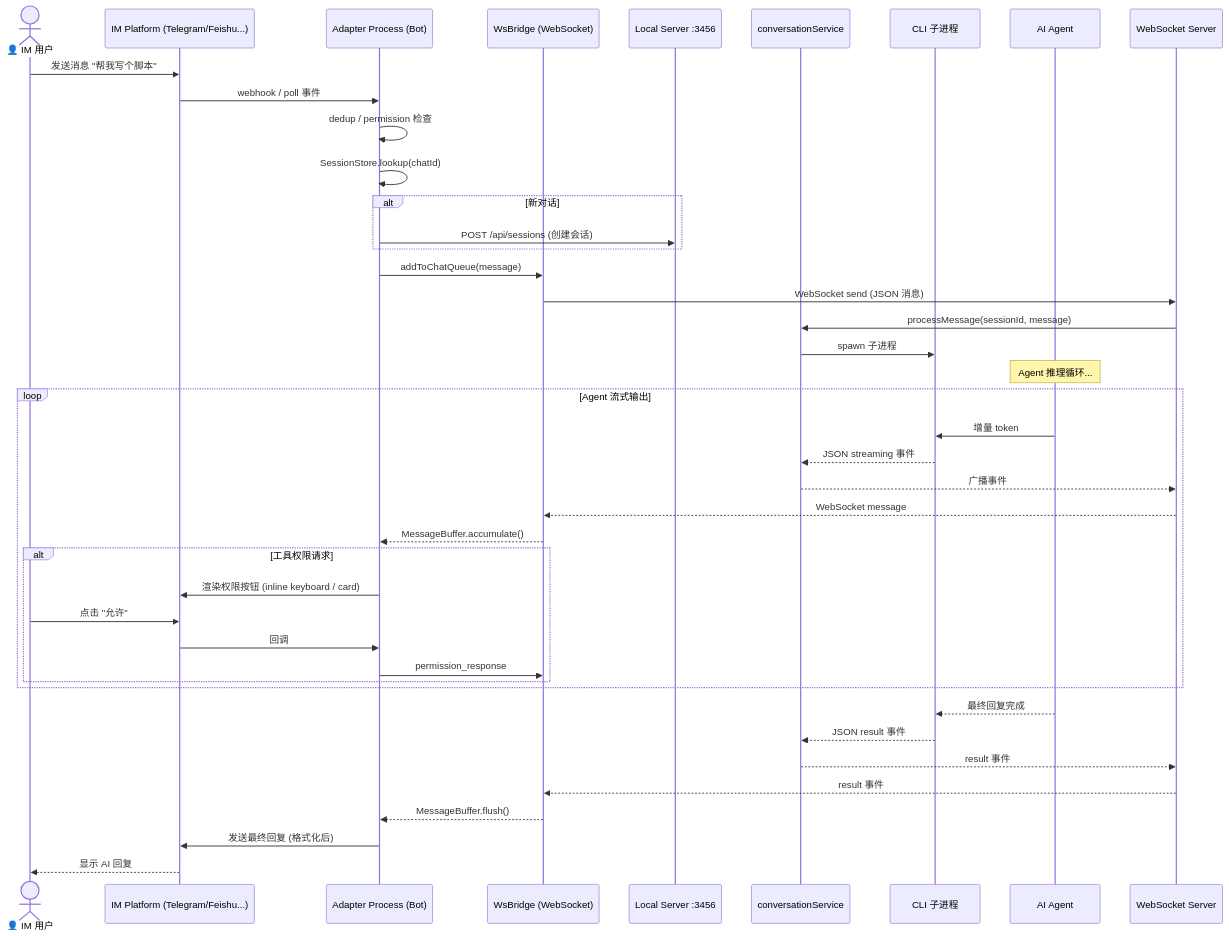
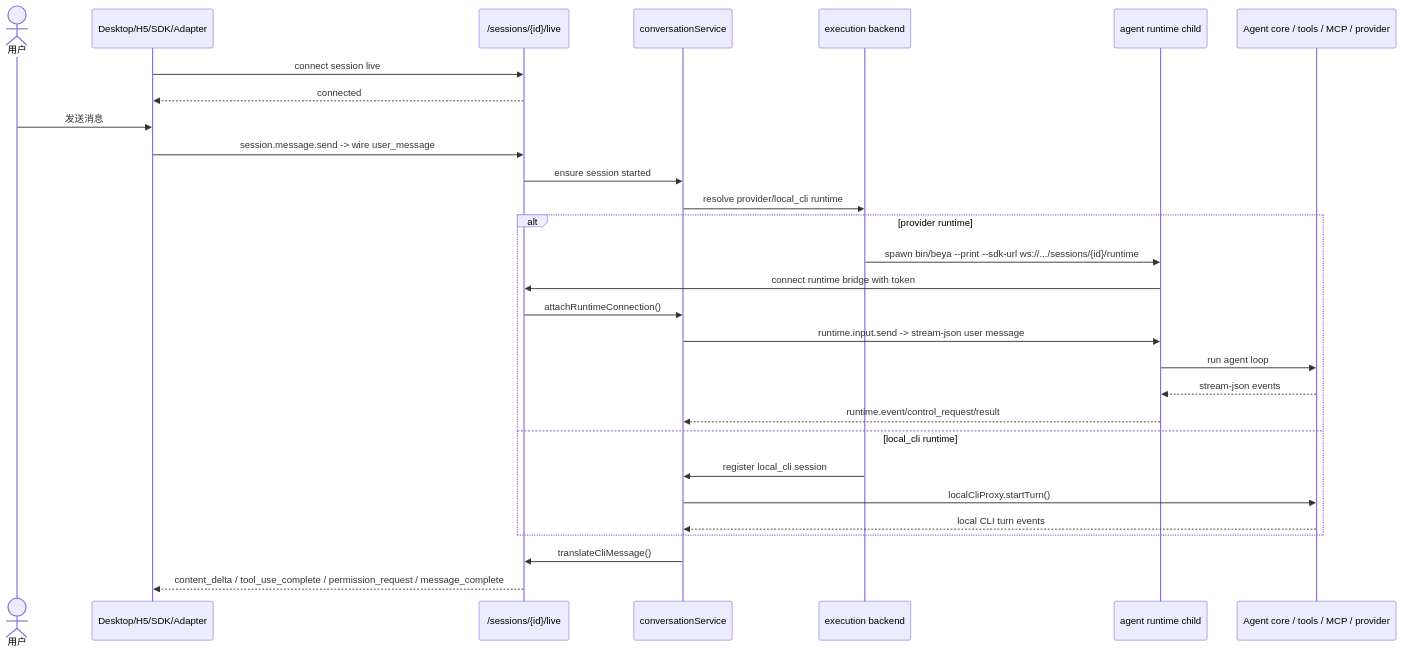
One commit to liangboqiang/beya changed the sixth of 6 diagrams in architecture-diagrams.md. Above: the diagram before and after it, drawn with Mermaid. The commit also changed other lines of this file and 341 other files, not shown here.

First line of the commit message:
refactor: unify contract-driven architecture

````diff
--- a/architecture-diagrams.md
+++ b/architecture-diagrams.md
@@ -241,49 +225,32 @@
 ```mermaid
 sequenceDiagram
-    actor IMUser as 👤 IM 用户
-    participant IM as IM Platform (Telegram/Feishu...)
-    participant Adapter as Adapter Process (Bot)
-    participant WsBridge as WsBridge (WebSocket)
-    participant Server as Local Server :3456
-    participant Conv as conversationService
-    participant CLI as CLI 子进程
-    participant Agent as AI Agent
-    participant WS as WebSocket Server
+  actor User as 用户
+  participant UI as Desktop/H5/SDK/Adapter
+  participant Live as /sessions/{id}/live
+  participant Conv as conversationService
+  participant Exec as execution backend
+  participant Runtime as agent runtime child
+  participant Core as Agent core / tools / MCP / provider
 
-    IMUser->>IM: 发送消息 "帮我写个脚本"
-    IM->>Adapter: webhook / poll 事件
-    Adapter->>Adapter: dedup / permission 检查
-    Adapter->>Adapter: SessionStore.lookup(chatId)
-    alt 新对话
-        Adapter->>Server: POST /api/sessions (创建会话)
-    end
-    Adapter->>WsBridge: addToChatQueue(message)
-    WsBridge->>WS: WebSocket send (JSON 消息)
-    WS->>Conv: processMessage(sessionId, message)
-    Conv->>CLI: spawn 子进程
-
-    Note over Agent: Agent 推理循环...
-
-    loop Agent 流式输出
-        Agent->>CLI: 增量 token
-        CLI-->>Conv: JSON streaming 事件
-        Conv-->>WS: 广播事件
-        WS-->>WsBridge: WebSocket message
-        WsBridge-->>Adapter: MessageBuffer.accumulate()
-
-        alt 工具权限请求
-            Adapter->>IM: 渲染权限按钮 (inline keyboard / card)
-            IMUser->>IM: 点击 "允许"
-            IM->>Adapter: 回调
-            Adapter->>WsBridge: permission_response
-        end
-    end
-
-    Agent-->>CLI: 最终回复完成
-    CLI-->>Conv: JSON result 事件
-    Conv-->>WS: result 事件
-    WS-->>WsBridge: result 事件
-    WsBridge-->>Adapter: MessageBuffer.flush()
-    Adapter->>IM: 发送最终回复 (格式化后)
-    IM-->>IMUser: 显示 AI 回复
+  UI->>Live: connect session live
+  Live-->>UI: connected
+  User->>UI: 发送消息
+  UI->>Live: session.message.send -> wire user_message
+  Live->>Conv: ensure session started
+  Conv->>Exec: resolve provider/local_cli runtime
+  alt provider runtime
+    Exec->>Runtime: spawn bin/beya --print --sdk-url ws://.../sessions/{id}/runtime
+    Runtime->>Live: connect runtime bridge with token
+    Live->>Conv: attachRuntimeConnection()
+    Conv->>Runtime: runtime.input.send -> stream-json user message
+    Runtime->>Core: run agent loop
+    Core-->>Runtime: stream-json events
+    Runtime-->>Conv: runtime.event/control_request/result
+  else local_cli runtime
+    Exec->>Conv: register local_cli session
+    Conv->>Core: localCliProxy.startTurn()
+    Core-->>Conv: local CLI turn events
+  end
+  Conv->>Live: translateCliMessage()
+  Live-->>UI: content_delta / tool_use_complete / permission_request / message_complete
 ```
````
